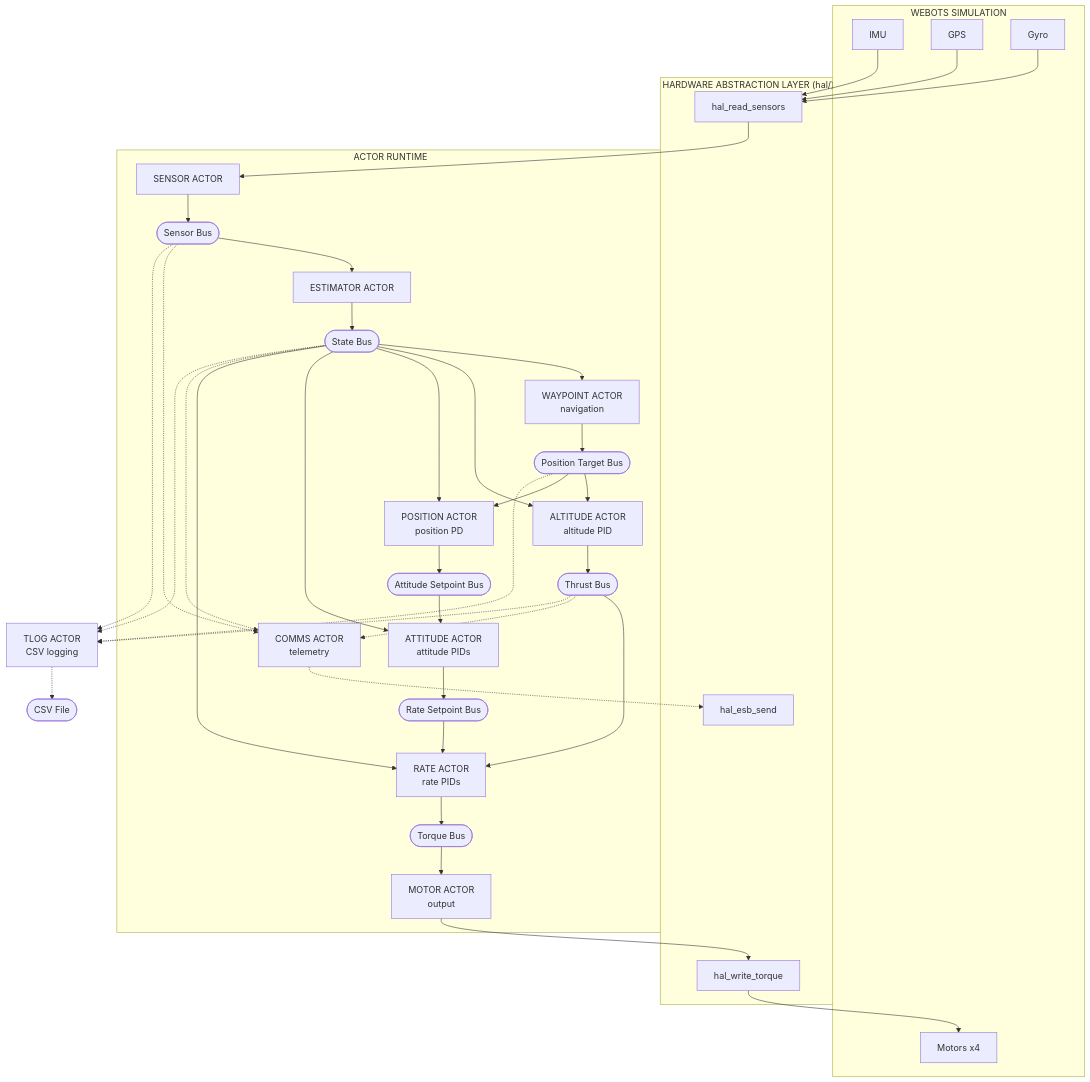
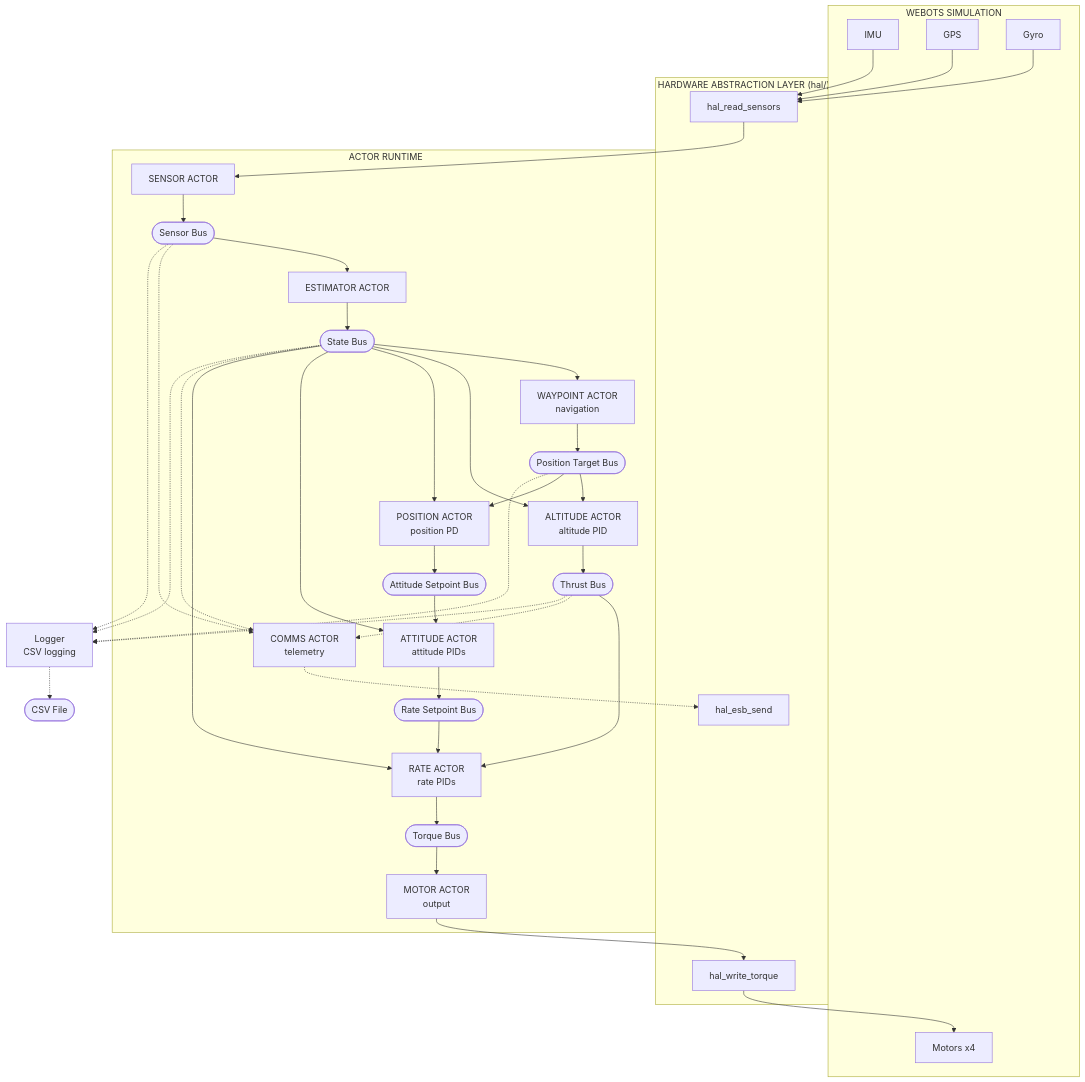
One commit to joagre/hive changed the diagram in examples/pilot/docs/spec/design.md. Above: the diagram before and after it, drawn with Mermaid. The commit also changed 7 other files, not shown here.

First line of the commit message:
Rename stale 'tlog' references to 'logger' in pilot code and docs

````diff
--- a/examples/pilot/docs/spec/design.md
+++ b/examples/pilot/docs/spec/design.md
@@ -235,63 +235,63 @@
 ```mermaid
 graph TB
     subgraph WEBOTS["WEBOTS SIMULATION"]
         IMU[IMU]
         GPS[GPS]
         Gyro[Gyro]
         Motors[Motors x4]
     end
 
     subgraph HAL["HARDWARE ABSTRACTION LAYER (hal/)"]
         ReadSensors[hal_read_sensors]
         WriteTorque[hal_write_torque]
         RadioTx[hal_esb_send]
     end
 
     subgraph RUNTIME["ACTOR RUNTIME"]
         Sensor[SENSOR ACTOR]
         SensorBus([Sensor Bus])
         Estimator[ESTIMATOR ACTOR]
         StateBus([State Bus])
 
         Altitude[ALTITUDE ACTOR<br/>altitude PID]
         Waypoint[WAYPOINT ACTOR<br/>navigation]
         PositionTargetBus([Position Target Bus])
         Position[POSITION ACTOR<br/>position PD]
         ThrustBus([Thrust Bus])
         AttitudeSPBus([Attitude Setpoint Bus])
         Attitude[ATTITUDE ACTOR<br/>attitude PIDs]
         RateSPBus([Rate Setpoint Bus])
         Rate[RATE ACTOR<br/>rate PIDs]
         TorqueBus([Torque Bus])
         Motor[MOTOR ACTOR<br/>output]
         Comms[COMMS ACTOR<br/>telemetry]
     end
 
     IMU --> ReadSensors
     GPS --> ReadSensors
     Gyro --> ReadSensors
     WriteTorque --> Motors
 
     ReadSensors --> Sensor
     Sensor --> SensorBus --> Estimator --> StateBus
 
     StateBus --> Waypoint --> PositionTargetBus --> Altitude --> ThrustBus --> Rate
     PositionTargetBus --> Position
     StateBus --> Altitude
     StateBus --> Position --> AttitudeSPBus --> Attitude
     StateBus --> Attitude --> RateSPBus --> Rate --> TorqueBus --> Motor
     StateBus --> Rate
 
     Motor --> WriteTorque
 
     SensorBus -.-> Comms
     StateBus -.-> Comms
     ThrustBus -.-> Comms
     Comms -.-> RadioTx
 
-    SensorBus -.-> TLog[TLOG ACTOR<br/>CSV logging]
-    StateBus -.-> TLog
-    ThrustBus -.-> TLog
-    PositionTargetBus -.-> TLog
-    TLog -.-> CSV([CSV File])
+    SensorBus -.-> Logger[Logger<br/>CSV logging]
+    StateBus -.-> Logger
+    ThrustBus -.-> Logger
+    PositionTargetBus -.-> Logger
+    Logger -.-> CSV([CSV File])
 ```
````
